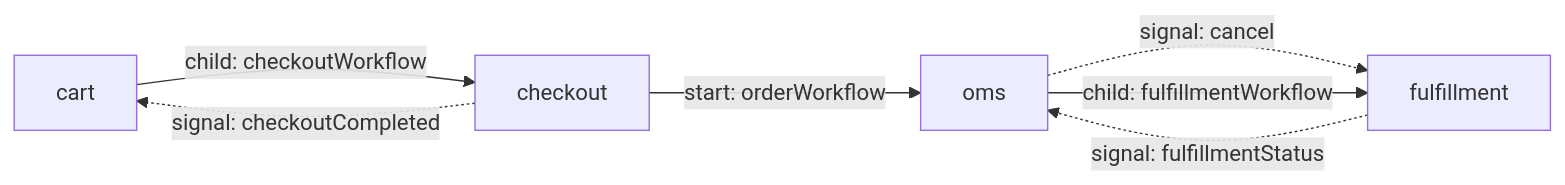
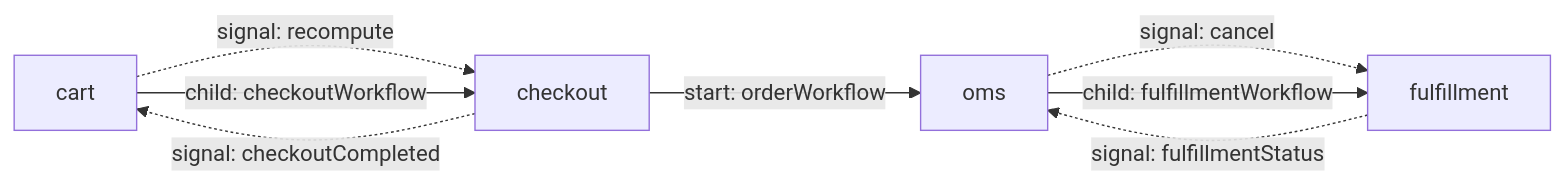
The first of 7 diagrams in docs/reference/state-machine-diagrams.md (night-heron-software/temporal-commerce-demo), drawn with Mermaid before and after one commit. The commit also changed other lines of this file and 18 other files, not shown here.

First line of the commit message:
feat(cart,checkout): recompute protocol + editable-mid-checkout (WS3+WS4)

````diff
--- a/docs/reference/state-machine-diagrams.md
+++ b/docs/reference/state-machine-diagrams.md
@@ -16,13 +16,14 @@
 ```mermaid
 flowchart LR
   cart[cart]
   checkout[checkout]
   fulfillment[fulfillment]
   oms[oms]
+  cart -.->|signal: recompute| checkout
   cart -->|child: checkoutWorkflow| checkout
   checkout -.->|signal: checkoutCompleted| cart
   checkout -->|start: orderWorkflow| oms
   fulfillment -.->|signal: fulfillmentStatus| oms
   oms -.->|signal: cancel| fulfillment
   oms -->|child: fulfillmentWorkflow| fulfillment
 ```
````
